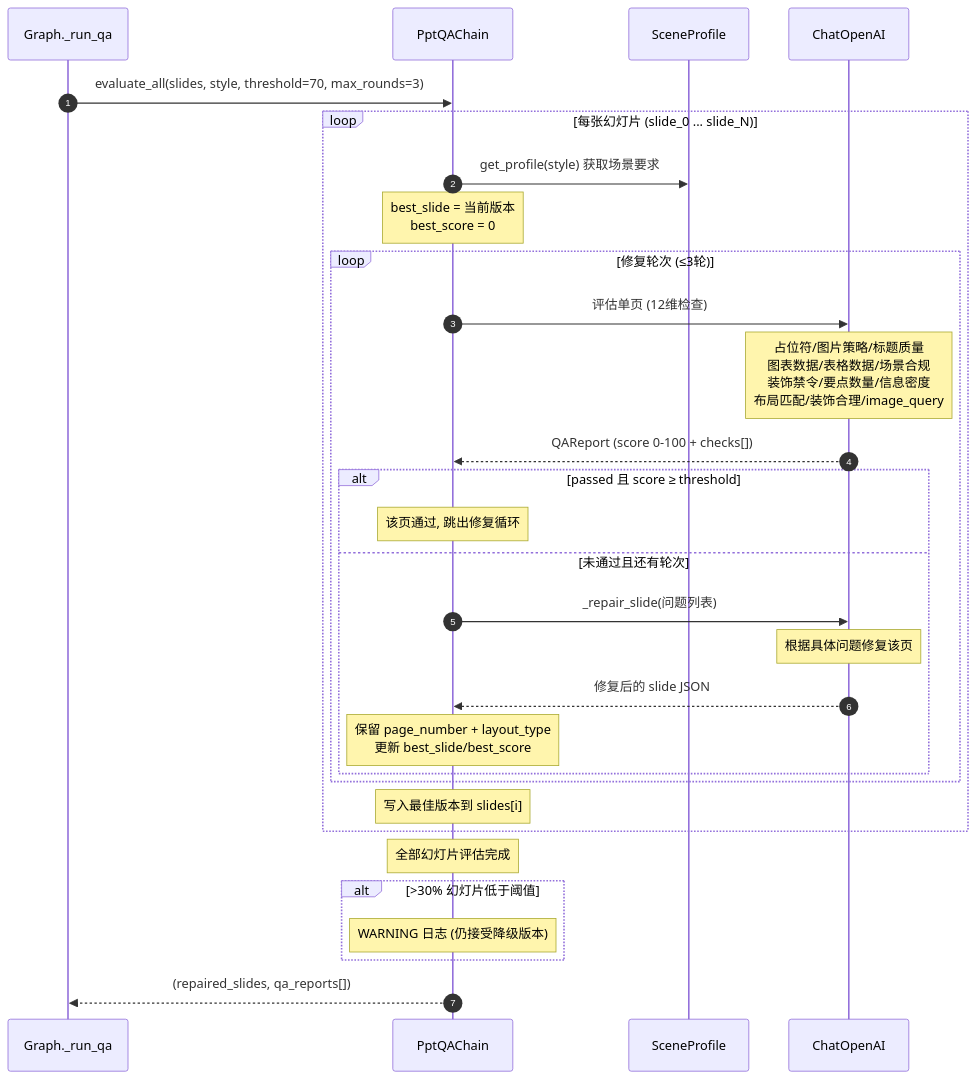
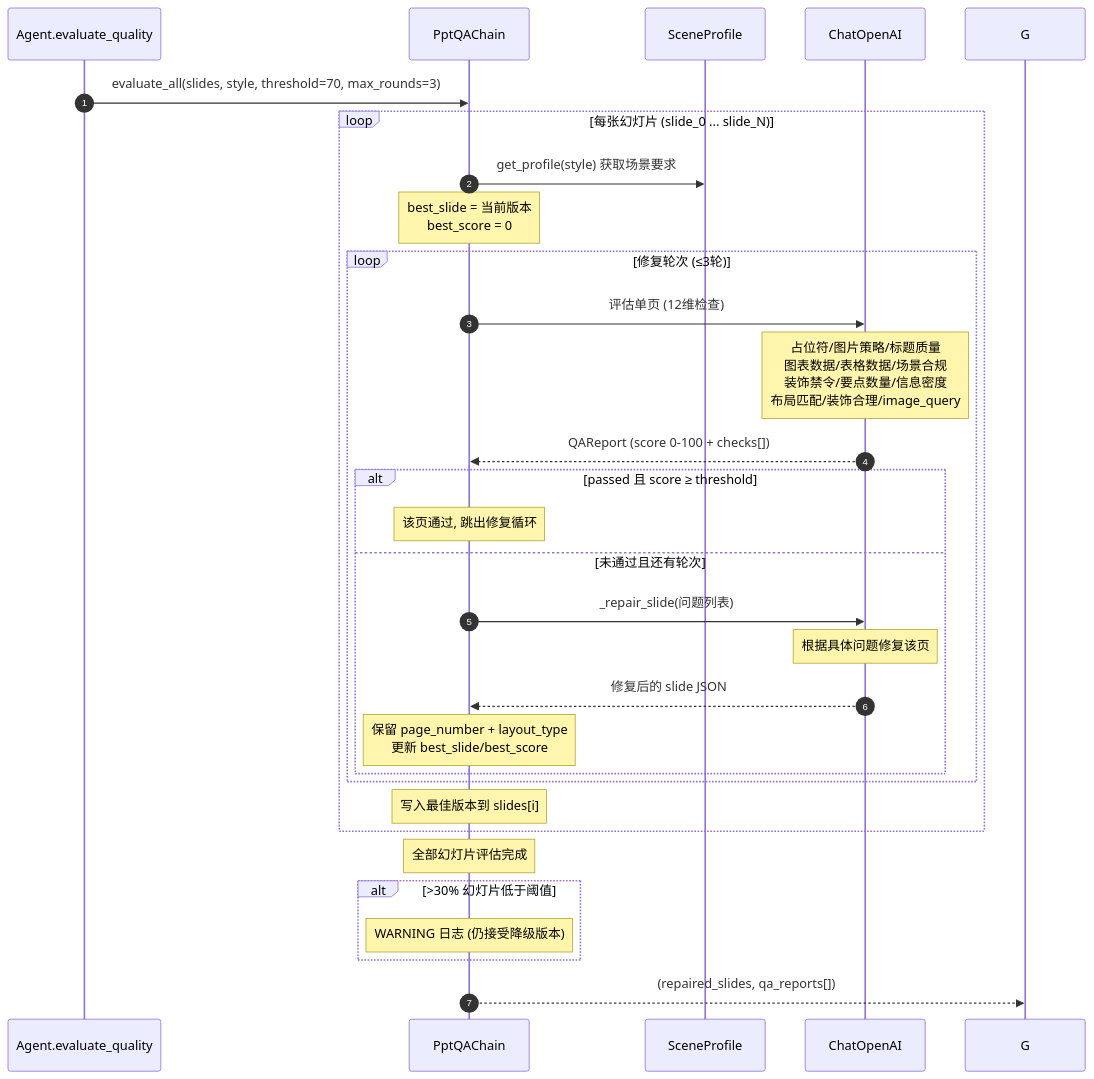
One commit to ForeverGreenDam/BirdHelp-AI changed the second of 3 diagrams in doc/graph/PPT_GENERATION_DESIGN.md. Above: the diagram before and after it, drawn with Mermaid. The commit also changed other lines of this file and 10 other files, not shown here.

````diff
--- a/doc/graph/PPT_GENERATION_DESIGN.md
+++ b/doc/graph/PPT_GENERATION_DESIGN.md
@@ -190,40 +193,40 @@
 ```mermaid
 sequenceDiagram
     autonumber
-    participant G as Graph._run_qa
+    participant A as Agent.evaluate_quality
     participant QA as PptQAChain
     participant PF as SceneProfile
     participant LLM as ChatOpenAI
 
-    G->>QA: evaluate_all(slides, style, threshold=70, max_rounds=3)
+    A->>QA: evaluate_all(slides, style, threshold=70, max_rounds=3)
 
     loop 每张幻灯片 (slide_0 ... slide_N)
         QA->>PF: get_profile(style) 获取场景要求
         Note over QA: best_slide = 当前版本<br/>best_score = 0
 
         loop 修复轮次 (≤3轮)
             QA->>LLM: 评估单页 (12维检查)
             Note over LLM: 占位符/图片策略/标题质量<br/>图表数据/表格数据/场景合规<br/>装饰禁令/要点数量/信息密度<br/>布局匹配/装饰合理/image_query
 
             LLM-->>QA: QAReport (score 0-100 + checks[])
 
             alt passed 且 score ≥ threshold
                 Note over QA: 该页通过, 跳出修复循环
             else 未通过且还有轮次
                 QA->>LLM: _repair_slide(问题列表)
                 Note over LLM: 根据具体问题修复该页
                 LLM-->>QA: 修复后的 slide JSON
                 Note over QA: 保留 page_number + layout_type<br/>更新 best_slide/best_score
             end
         end
 
         Note over QA: 写入最佳版本到 slides[i]
     end
 
     Note over QA: 全部幻灯片评估完成
     alt >30% 幻灯片低于阈值
         Note over QA: WARNING 日志 (仍接受降级版本)
     end
 
     QA-->>G: (repaired_slides, qa_reports[])
 ```
````
